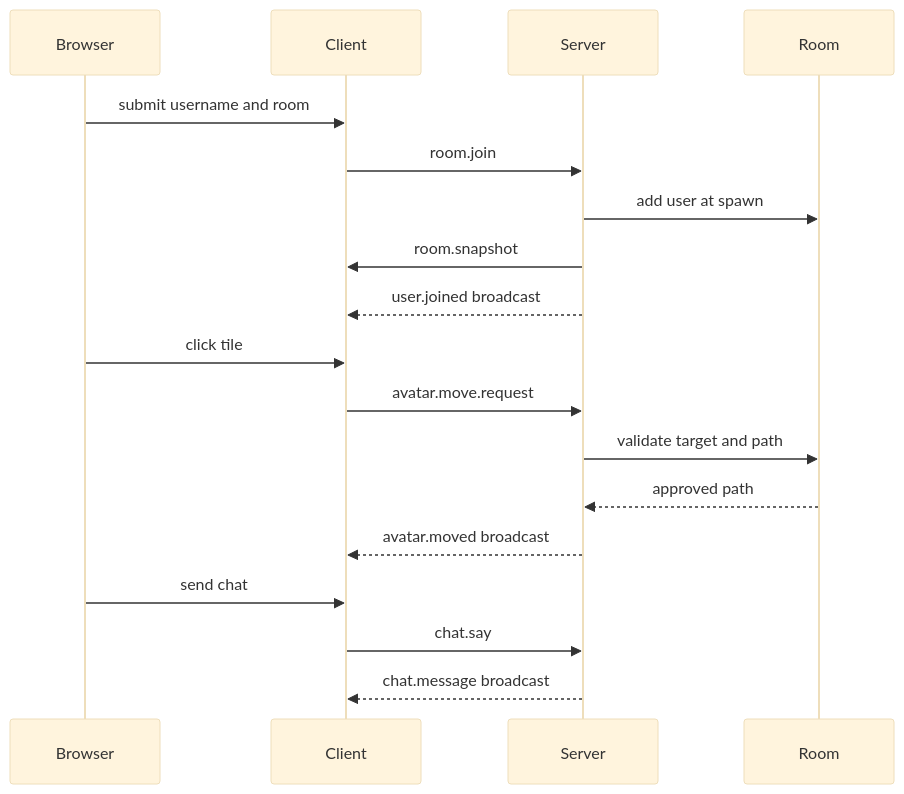
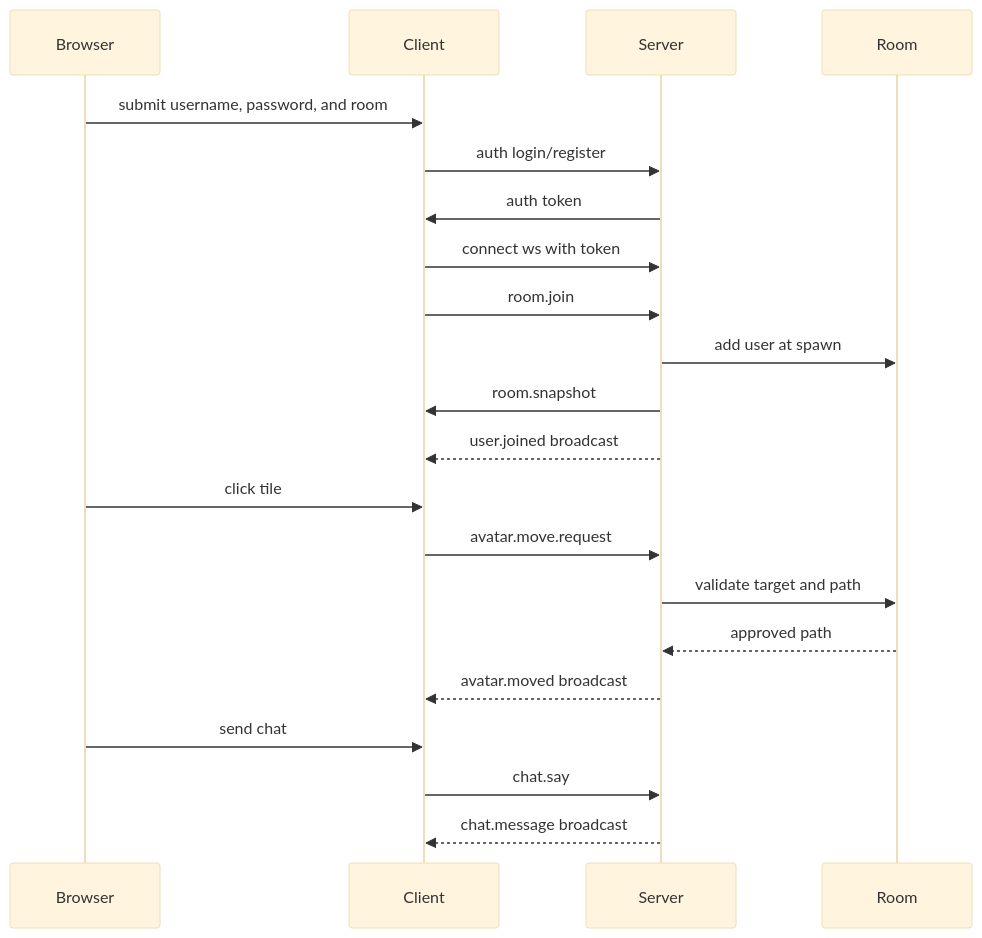
One commit to forjd/tilezo changed the diagram in docs/architecture.md. Above: the diagram before and after it, drawn with Mermaid (base theme). The commit also changed other lines of this file and 34 other files, not shown here.

Commit message:
feat(auth): add postgres-backed login flow

````diff
--- a/docs/architecture.md
+++ b/docs/architecture.md
@@ -81,21 +82,24 @@
 ```mermaid
 sequenceDiagram
   participant Browser
   participant Client
   participant Server
   participant Room
 
-  Browser->>Client: submit username and room
+  Browser->>Client: submit username, password, and room
+  Client->>Server: auth login/register
+  Server->>Client: auth token
+  Client->>Server: connect ws with token
   Client->>Server: room.join
   Server->>Room: add user at spawn
   Server->>Client: room.snapshot
   Server-->>Client: user.joined broadcast
   Browser->>Client: click tile
   Client->>Server: avatar.move.request
   Server->>Room: validate target and path
   Room-->>Server: approved path
   Server-->>Client: avatar.moved broadcast
   Browser->>Client: send chat
   Client->>Server: chat.say
   Server-->>Client: chat.message broadcast
 ```
````
